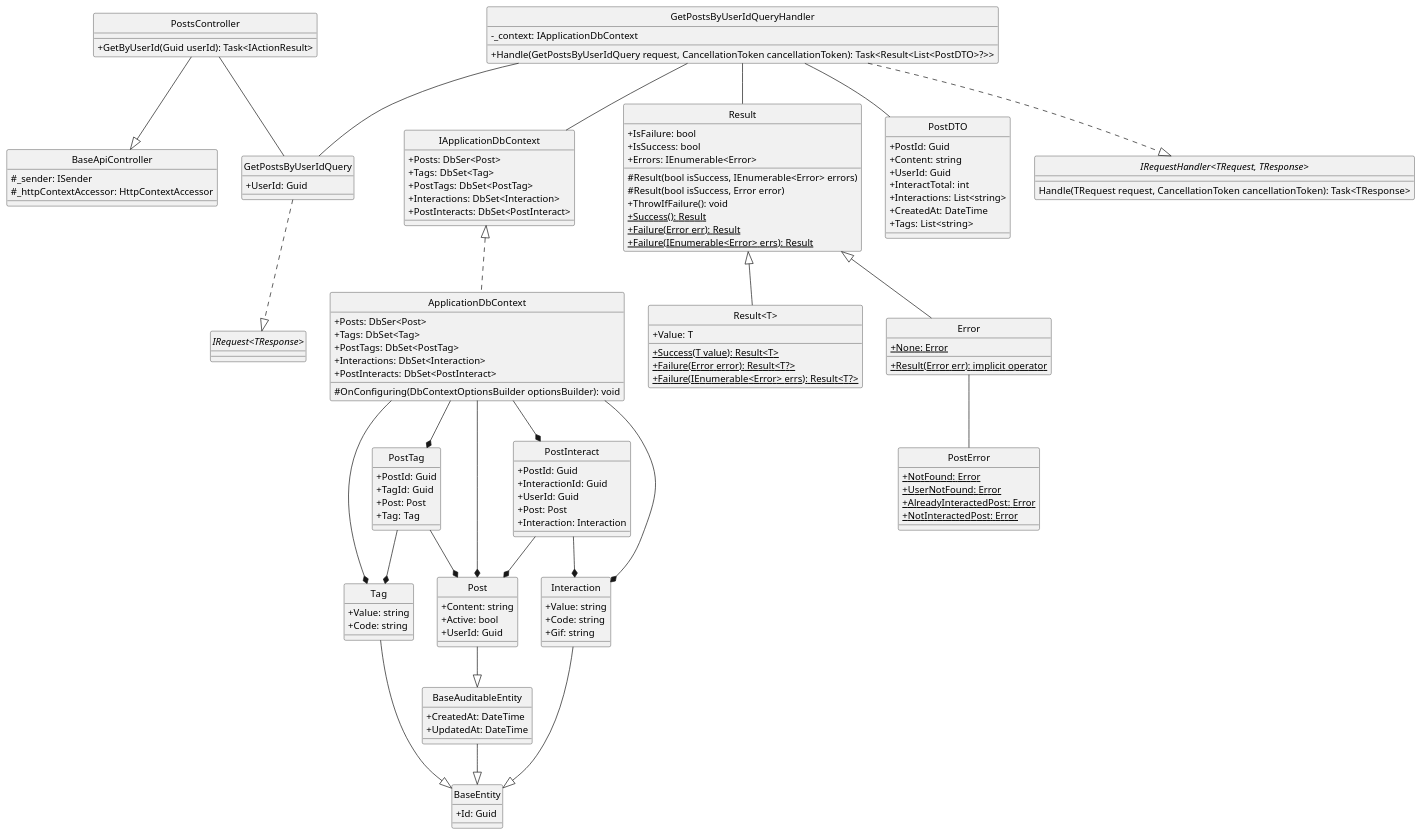
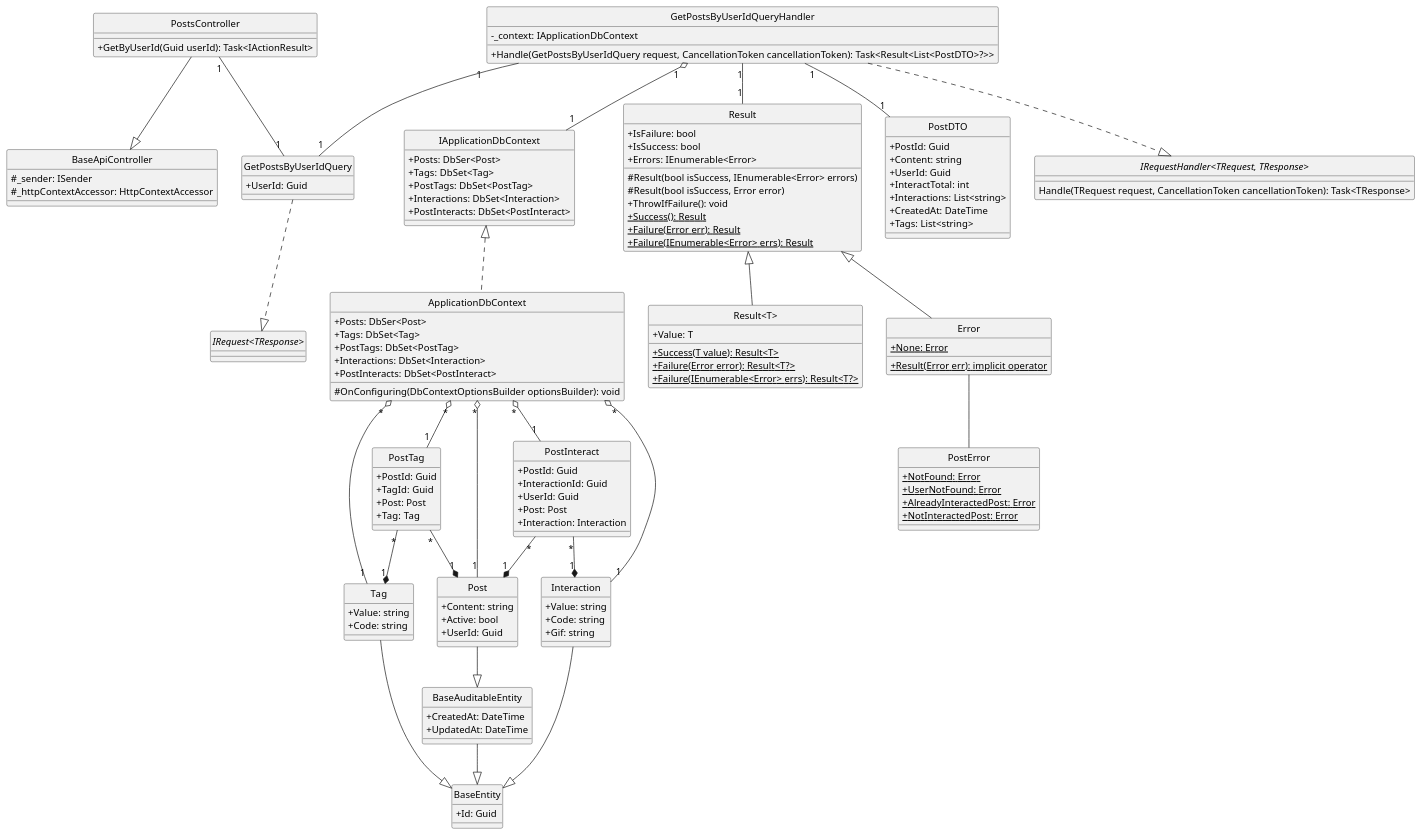
The diagram in docs/Class Diagram/Post/Post/GetByUserId/ClassDiagram.plantuml (Carl-Johnsons/Chat-Application), drawn with PlantUML before and after one commit. The commit also changed 21 other files, not shown here.

```diff
--- a/docs/Class Diagram/Post/Post/GetByUserId/ClassDiagram.plantuml
+++ b/docs/Class Diagram/Post/Post/GetByUserId/ClassDiagram.plantuml
@@ -1,157 +1,157 @@
 @startuml getPostByUserId
 hide circle
 skinparam classAttributeIconSize 0
 
 class BaseApiController {
     #_sender: ISender
     #_httpContextAccessor: HttpContextAccessor
 }
 
 class PostsController {
     +GetByUserId(Guid userId): Task<IActionResult>
 }
 
 class GetPostsByUserIdQuery {
     +UserId: Guid
 }
 
 class GetPostsByUserIdQueryHandler {
     -_context: IApplicationDbContext
     +Handle(GetPostsByUserIdQuery request, CancellationToken cancellationToken): Task<Result<List<PostDTO>?>>
 }
 
 class IApplicationDbContext {
     +Posts: DbSer<Post>
     +Tags: DbSet<Tag>
     +PostTags: DbSet<PostTag> 
     +Interactions: DbSet<Interaction> 
     +PostInteracts: DbSet<PostInteract>
 }
 
 class ApplicationDbContext {
     +Posts: DbSer<Post>
     +Tags: DbSet<Tag>
     +PostTags: DbSet<PostTag> 
     +Interactions: DbSet<Interaction> 
     +PostInteracts: DbSet<PostInteract>
     #OnConfiguring(DbContextOptionsBuilder optionsBuilder): void
 }
 
 class Result {
     +IsFailure: bool
     +IsSuccess: bool
     +Errors: IEnumerable<Error>
     #Result(bool isSuccess, IEnumerable<Error> errors)
     #Result(bool isSuccess, Error error)
     +ThrowIfFailure(): void
     +{static} Success(): Result
     +{static} Failure(Error err): Result
     +{static} Failure(IEnumerable<Error> errs): Result
 }
 
 class "Result<T>" {
     +Value: T
     +{static} Success(T value): Result<T>
     +{static} Failure(Error error): Result<T?>
     +{static} Failure(IEnumerable<Error> errs): Result<T?>
 }
 
 class Error {
     +{static} None: Error 
     +{static} Result(Error err): implicit operator
 }
 
 class PostError {
     +{static} NotFound: Error
     +{static} UserNotFound: Error
     +{static} AlreadyInteractedPost: Error
     +{static} NotInteractedPost: Error
 }
 
 class PostDTO {
     +PostId: Guid
     +Content: string
     +UserId: Guid
     +InteractTotal: int
     +Interactions: List<string>
     +CreatedAt: DateTime 
     +Tags: List<string>
 }
 
 class BaseEntity {
     +Id: Guid
 }
 
 class BaseAuditableEntity{
     +CreatedAt: DateTime
     +UpdatedAt: DateTime
 }
 
 class Tag {
     +Value: string
     +Code: string
 }
 
 class Post {
     +Content: string
     +Active: bool
     +UserId: Guid
 }
 
 class PostTag {
     +PostId: Guid
     +TagId: Guid
     +Post: Post
     +Tag: Tag
 }
 
 class Interaction {
     +Value: string
     +Code: string
     +Gif: string
 }
 
 class PostInteract {
     +PostId: Guid
     +InteractionId: Guid
     +UserId: Guid
     +Post: Post
     +Interaction: Interaction
 }
 
 interface "IRequest<TResponse>"
 interface "IRequestHandler<TRequest, TResponse>"{
     Handle(TRequest request, CancellationToken cancellationToken): Task<TResponse>
 }
 
 '==== Get Post By User Id====
 'API Layer
 PostsController --|> BaseApiController
-PostsController -- GetPostsByUserIdQuery
+PostsController "1"--"1" GetPostsByUserIdQuery
 'Application Layer
 GetPostsByUserIdQuery ..|> "IRequest<TResponse>"
 GetPostsByUserIdQueryHandler ..|> "IRequestHandler<TRequest, TResponse>"
-GetPostsByUserIdQueryHandler -- GetPostsByUserIdQuery
-GetPostsByUserIdQueryHandler -- Result
-GetPostsByUserIdQueryHandler -- IApplicationDbContext
-GetPostsByUserIdQueryHandler -- PostDTO
+GetPostsByUserIdQueryHandler "1"--"1" GetPostsByUserIdQuery
+GetPostsByUserIdQueryHandler "1"--"1" Result
+GetPostsByUserIdQueryHandler "1" o--"1" IApplicationDbContext
+GetPostsByUserIdQueryHandler "1"--"1" PostDTO
 'Domain Layer
 Result <|-- Error
 Result <|-- "Result<T>"
 Error -- PostError
 Tag --|> BaseEntity
 Interaction --|> BaseEntity
 Post --|> BaseAuditableEntity
 BaseAuditableEntity --|> BaseEntity
-PostTag --* Post
-PostTag --* Tag
-PostInteract --* Post
-PostInteract --* Interaction
+PostTag "*"--*"1" Post
+PostTag "*"--*"1" Tag
+PostInteract "*"--*"1" Post
+PostInteract "*"--*"1" Interaction
 'Infrastructure Layer
 IApplicationDbContext <|.. ApplicationDbContext
-ApplicationDbContext --* Tag
-ApplicationDbContext --* Post
-ApplicationDbContext --* PostTag
-ApplicationDbContext --* Interaction
-ApplicationDbContext --* PostInteract
+ApplicationDbContext "*" o--"1" Tag
+ApplicationDbContext "*" o--"1" Post
+ApplicationDbContext "*" o--"1" PostTag
+ApplicationDbContext "*" o--"1" Interaction
+ApplicationDbContext "*" o--"1" PostInteract
 @enduml
```
